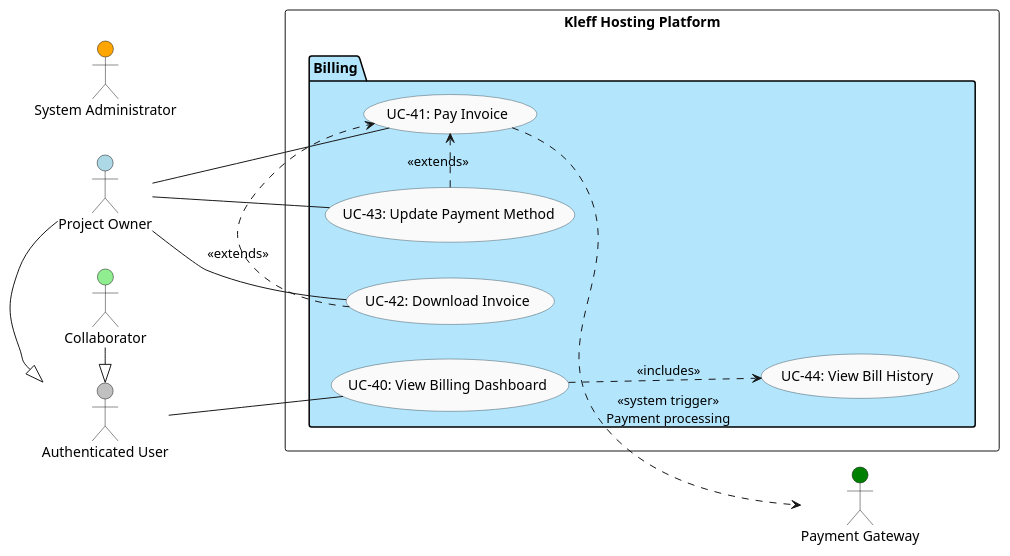
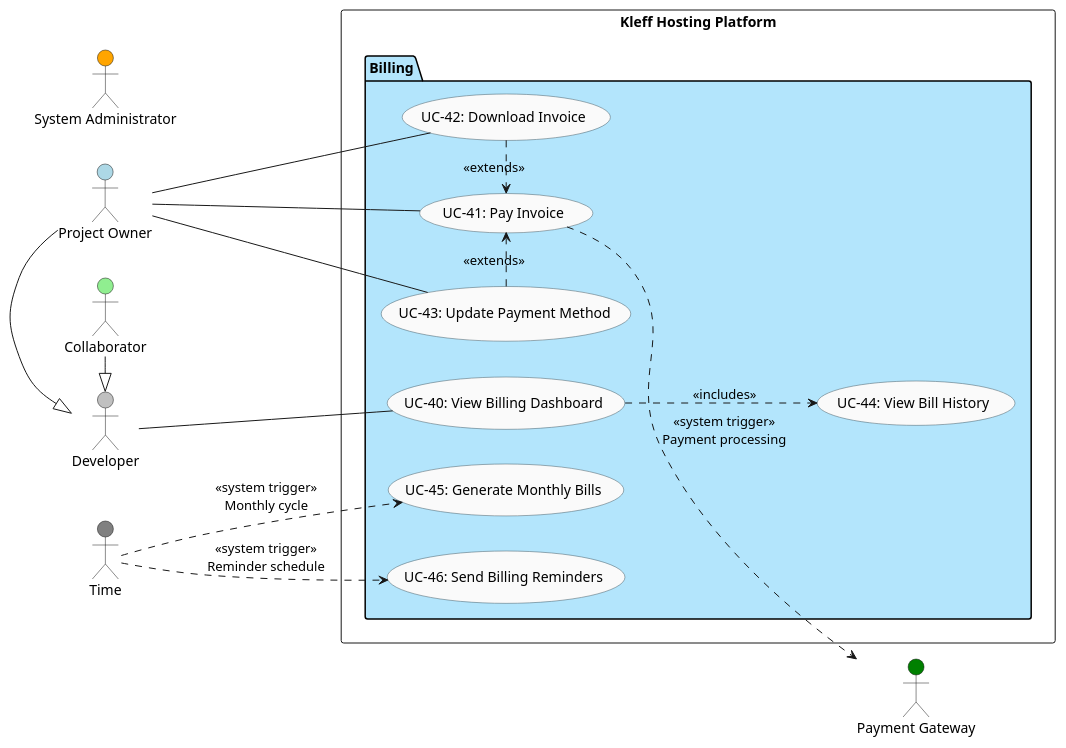
One commit to kleffio/.github changed the diagram in docs/Billing/BillingUseCase.puml. Above: the diagram before and after it, drawn with PlantUML. The commit also changed 8 other files, not shown here.

Commit message:
updated user actors from user to developer

```diff
--- a/docs/Billing/BillingUseCase.puml
+++ b/docs/Billing/BillingUseCase.puml
@@ -1,48 +1,57 @@
 @startuml Kleff Hosting - Billing Use Cases
 left to right direction
 skinparam shadowing false
 skinparam usecase {
   BackgroundColor #FAFAFA
   BorderColor #455A64
   RoundCorner 14
 }
 
 ' ==== Actors ====
-actor "Authenticated User" as AuthUser #silver
+actor "Developer" as AuthUser #silver
 actor "Project Owner" as Owner #lightblue
 actor "Collaborator" as Collab #lightgreen
 actor "System Administrator" as Admin #orange
 actor "Payment Gateway" as Payment #green
+actor "Time" as TimeActor #gray
 
 Owner -|> AuthUser
 Collab -|> AuthUser
 
 rectangle "Kleff Hosting Platform" {
 
   package "Billing" #B3E5FC {
     usecase "UC-40: View Billing Dashboard" as UC40
     usecase "UC-41: Pay Invoice" as UC41
     usecase "UC-42: Download Invoice" as UC42
     usecase "UC-43: Update Payment Method" as UC43
     usecase "UC-44: View Bill History" as UC44
+
+    ' NEW Automatic time-based billing use cases
+    usecase "UC-45: Generate Monthly Bills" as UC45
+    usecase "UC-46: Send Billing Reminders" as UC46
   }
 }
 
 ' ==== Actor Relationships ====
 AuthUser -- UC40
 
 Owner -- UC41
 Owner -- UC42
 Owner -- UC43
 
-' ==== System Trigger ====
+' ==== Time-based System Triggers ====
+TimeActor ..> UC45 : <<system trigger>>\nMonthly cycle
+TimeActor ..> UC46 : <<system trigger>>\nReminder schedule
+
+' ==== External System Trigger ====
 UC41 ..> Payment : <<system trigger>>\nPayment processing
 
 ' ==== EXTENDS ====
 UC42 .> UC41 : <<extends>>
 UC43 .> UC41 : <<extends>>
 
 ' ==== INCLUDES ====
 UC40 ..> UC44 : <<includes>>
 
 @enduml
```
